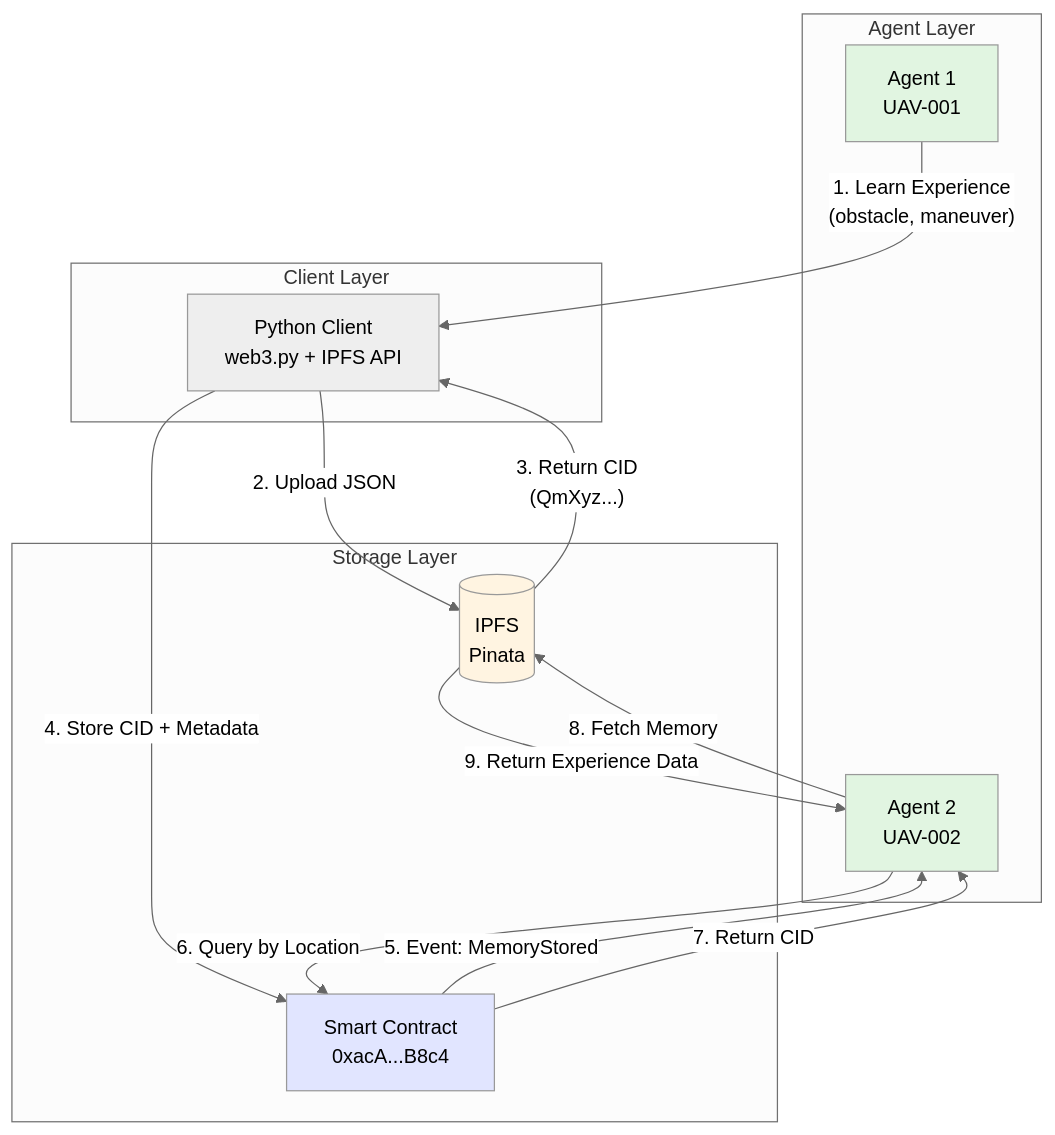
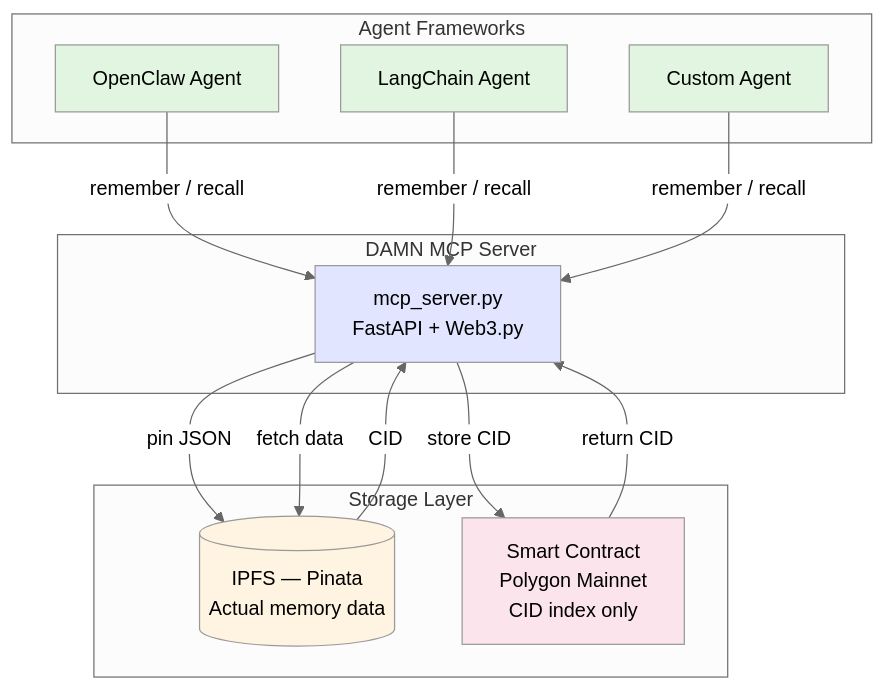
Before and after one commit to rahulkhunte/DAMN-prototype: the diagram in README.md, drawn with Mermaid (neutral theme). The commit also changed other lines of this file, not shown here.

````diff
--- a/README.md
+++ b/README.md
@@ -31,31 +77,33 @@
 ```mermaid
 flowchart TB
-    subgraph "Agent Layer"
-        A1[Agent 1<br/>UAV-001]
-        A2[Agent 2<br/>UAV-002]
-    end
-    
-    subgraph "Client Layer"
-        Client[Python Client<br/>web3.py + IPFS API]
-    end
-    
-    subgraph "Storage Layer"
-        IPFS[(IPFS<br/>Pinata)]
-        Contract[Smart Contract<br/>0xacA...B8c4]
+    subgraph "Agent Frameworks"
+        OC[OpenClaw Agent]
+        LC[LangChain Agent]
+        CU[Custom Agent]
     end
 
-    A1 -->|"1. Learn Experience<br/>(obstacle, maneuver)"| Client
-    Client -->|"2. Upload JSON"| IPFS
-    IPFS -->|"3. Return CID<br/>(QmXyz...)"| Client
-    Client -->|"4. Store CID + Metadata"| Contract
-    Contract -->|"5. Event: MemoryStored"| A2
-    A2 -->|"6. Query by Location"| Contract
-    Contract -->|"7. Return CID"| A2
-    A2 -->|"8. Fetch Memory"| IPFS
-    IPFS -->|"9. Return Experience Data"| A2
+    subgraph "DAMN MCP Server"
+        MCP[mcp_server.py<br/>FastAPI + Web3.py]
+    end
 
-    style A1 fill:#e1f5e1
-    style A2 fill:#e1f5e1
+    subgraph "Storage Layer"
+        IPFS[(IPFS — Pinata<br/>Actual memory data)]
+        Contract[Smart Contract<br/>Polygon Mainnet<br/>CID index only]
+    end
+
+    OC -->|remember / recall| MCP
+    LC -->|remember / recall| MCP
+    CU -->|remember / recall| MCP
+    MCP -->|pin JSON| IPFS
+    IPFS -->|CID| MCP
+    MCP -->|store CID| Contract
+    Contract -->|return CID| MCP
+    MCP -->|fetch data| IPFS
+
+    style OC fill:#e1f5e1
+    style LC fill:#e1f5e1
+    style CU fill:#e1f5e1
+    style MCP fill:#e1e5ff
     style IPFS fill:#fff4e1
-    style Contract fill:#e1e5ff
+    style Contract fill:#fce4ec
 ```
````
